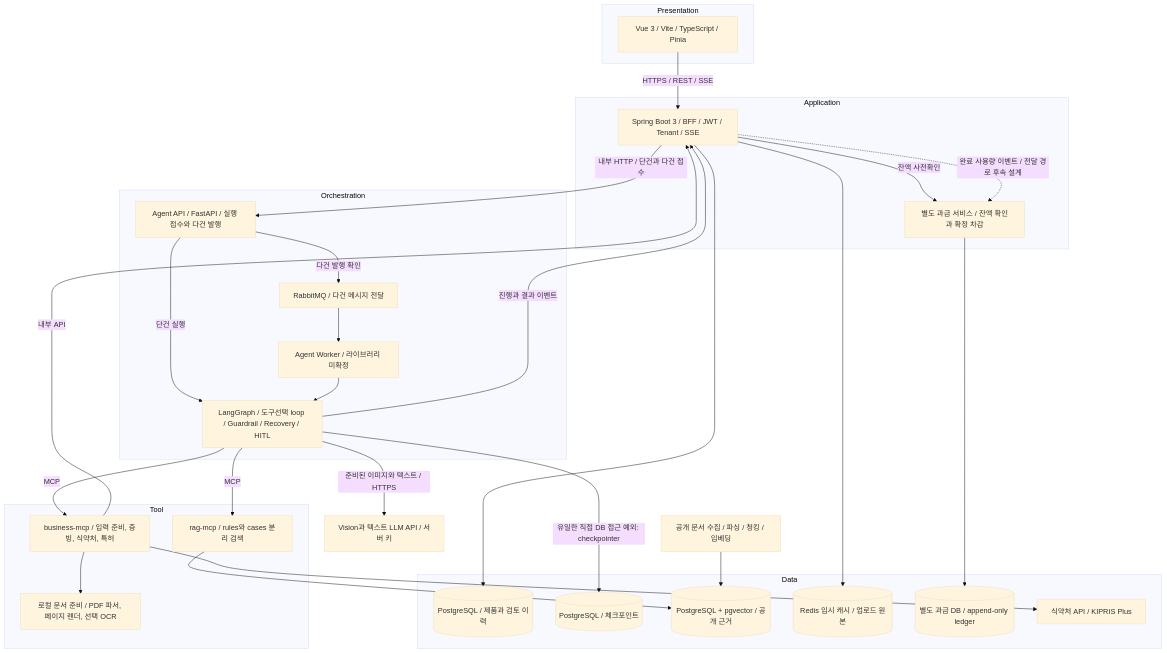
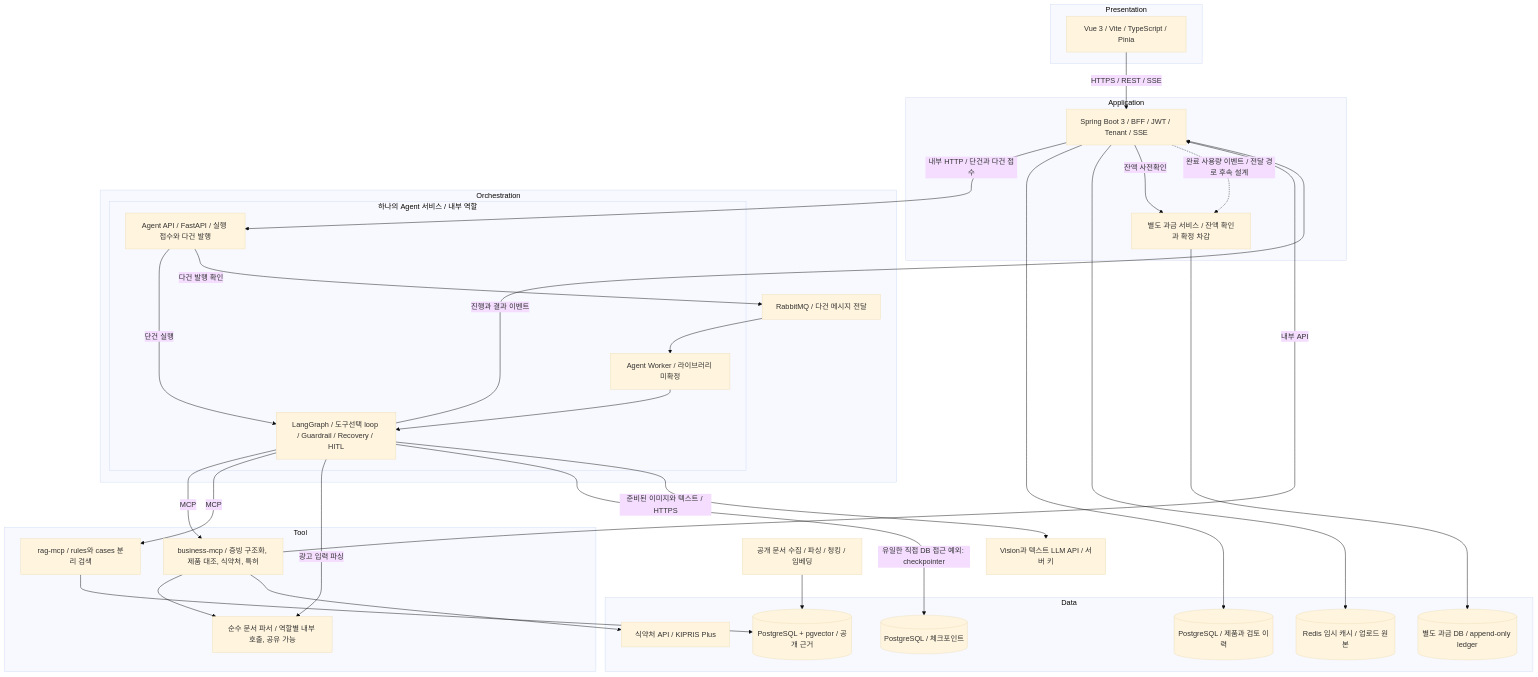
One commit to SKALA-AI-Agent-Capstone/backend changed the first of 2 diagrams in docs/01-architecture.md. Above: the diagram before and after it, drawn with Mermaid (base theme). The commit also changed other lines of this file and 11 other files, not shown here.

```diff
--- a/docs/01-architecture.md
+++ b/docs/01-architecture.md
@@ -9,47 +9,50 @@
 ~~~mermaid
 flowchart TB
   subgraph Presentation
     UI["Vue 3 / Vite / TypeScript / Pinia"]
   end
   subgraph Application
     API["Spring Boot 3 / BFF / JWT / Tenant / SSE"]
     BILL["별도 과금 서비스 / 잔액 확인과 확정 차감"]
   end
   subgraph Orchestration
+    subgraph AGENT_SERVICE["하나의 Agent 서비스 / 내부 역할"]
     AAPI["Agent API / FastAPI / 실행 접수와 다건 발행"]
-    QUEUE["RabbitMQ / 다건 메시지 전달"]
     WORKER["Agent Worker / 라이브러리 미확정"]
     AGENT["LangGraph / 도구선택 loop / Guardrail / Recovery / HITL"]
+    end
+    QUEUE["RabbitMQ / 다건 메시지 전달"]
   end
   subgraph Tool
-    BUSINESS["business-mcp / 입력 준비, 증빙, 식약처, 특허"]
+    BUSINESS["business-mcp / 증빙 구조화, 제품 대조, 식약처, 특허"]
     RAG["rag-mcp / rules와 cases 분리 검색"]
-    PARSER["로컬 문서 준비 / PDF 파서, 페이지 렌더, 선택 OCR"]
+    PARSER["순수 문서 파서 / 역할별 내부 호출, 공유 가능"]
   end
   subgraph Data
     APP[("PostgreSQL / 제품과 검토 이력")]
     STATE[("PostgreSQL / 체크포인트")]
     VECTOR[("PostgreSQL + pgvector / 공개 근거")]
     RAW[("Redis 임시 캐시 / 업로드 원본")]
     LEDGER[("별도 과금 DB / append-only ledger")]
     EXT["식약처 API / KIPRIS Plus"]
   end
   UI -->|"HTTPS / REST / SSE"| API
   API -->|"내부 HTTP / 단건과 다건 접수"| AAPI
   AAPI -->|"단건 실행"| AGENT
   AAPI -->|"다건 발행 확인"| QUEUE
   QUEUE --> WORKER --> AGENT
   API --> APP
   API --> RAW
   API -->|"잔액 사전확인"| BILL --> LEDGER
   API -.->|"완료 사용량 이벤트 / 전달 경로 후속 설계"| BILL
   AGENT -->|"MCP"| BUSINESS
   AGENT -->|"MCP"| RAG --> VECTOR
   BUSINESS -->|"내부 API"| API
   BUSINESS --> PARSER
+  AGENT -->|"광고 입력 파싱"| PARSER
   BUSINESS --> EXT
   AGENT -->|"유일한 직접 DB 접근 예외: checkpointer"| STATE
   AGENT -->|"진행과 결과 이벤트"| API
   AGENT -->|"준비된 이미지와 텍스트 / HTTPS"| LLM["Vision과 텍스트 LLM API / 서버 키"]
   INDEX["공개 문서 수집 / 파싱 / 청킹 / 임베딩"] --> VECTOR
 ~~~
```
